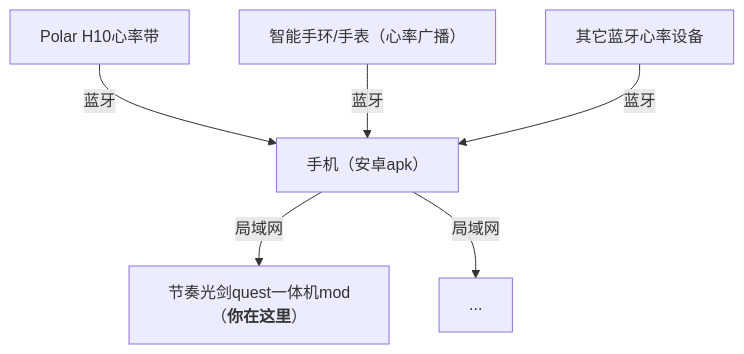
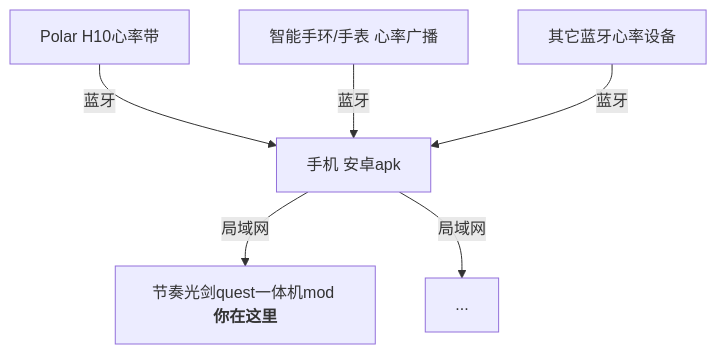
One commit to frto027/HeartBeatLanClientBSQuest changed the diagram in README.cn.md. Above: the diagram before and after it, drawn with Mermaid.

````diff
--- a/README.cn.md
+++ b/README.cn.md
@@ -9,14 +9,14 @@
 ```mermaid
 graph TD;
     POLAR_H10[Polar H10心率带]
-    SMART_WATCH[智能手环/手表（心率广播）]
+    SMART_WATCH[智能手环/手表 心率广播]
     BLE_DEV[其它蓝牙心率设备]
-    PHONE[手机（安卓apk）]
-    BEATSABER[节奏光剑quest一体机mod（<b>你在这里</b>）]
+    PHONE[手机 安卓apk]
+    BEATSABER[节奏光剑quest一体机mod <b>你在这里</b> ]
 
     POLAR_H10--蓝牙-->PHONE;
     SMART_WATCH--蓝牙-->PHONE;
     BLE_DEV--蓝牙-->PHONE;
     PHONE--局域网-->BEATSABER;
     PHONE--局域网-->...;
 ```
````
